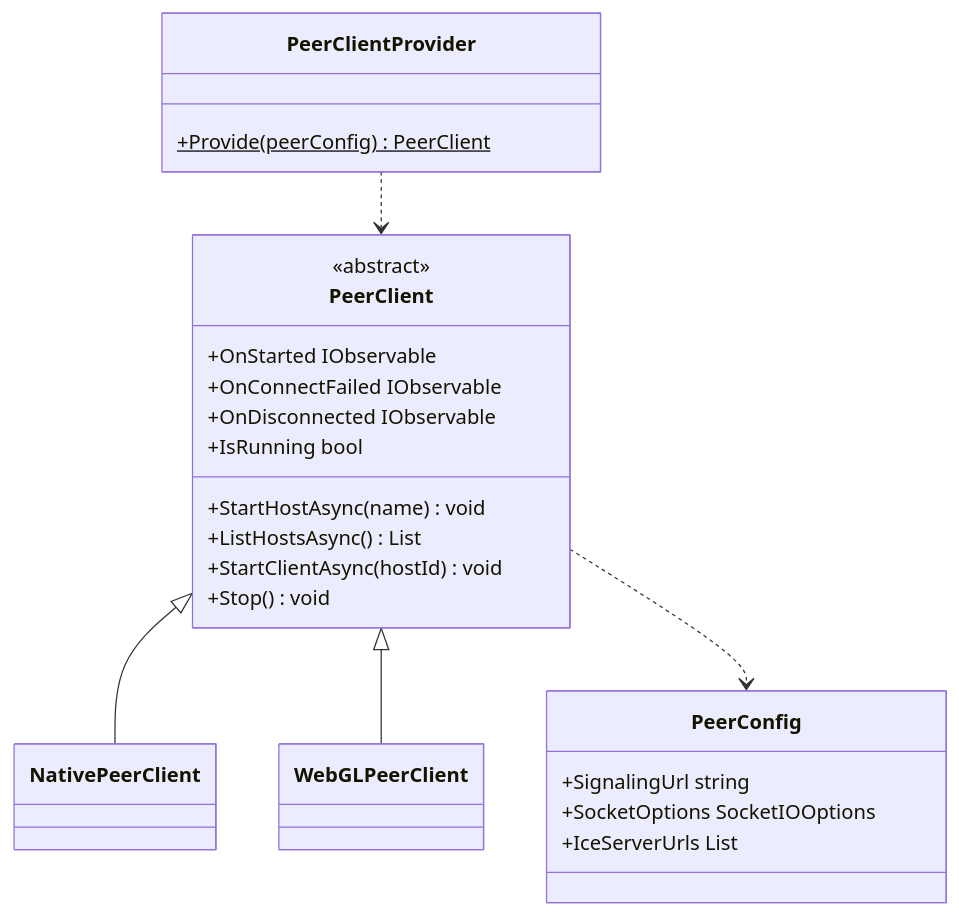
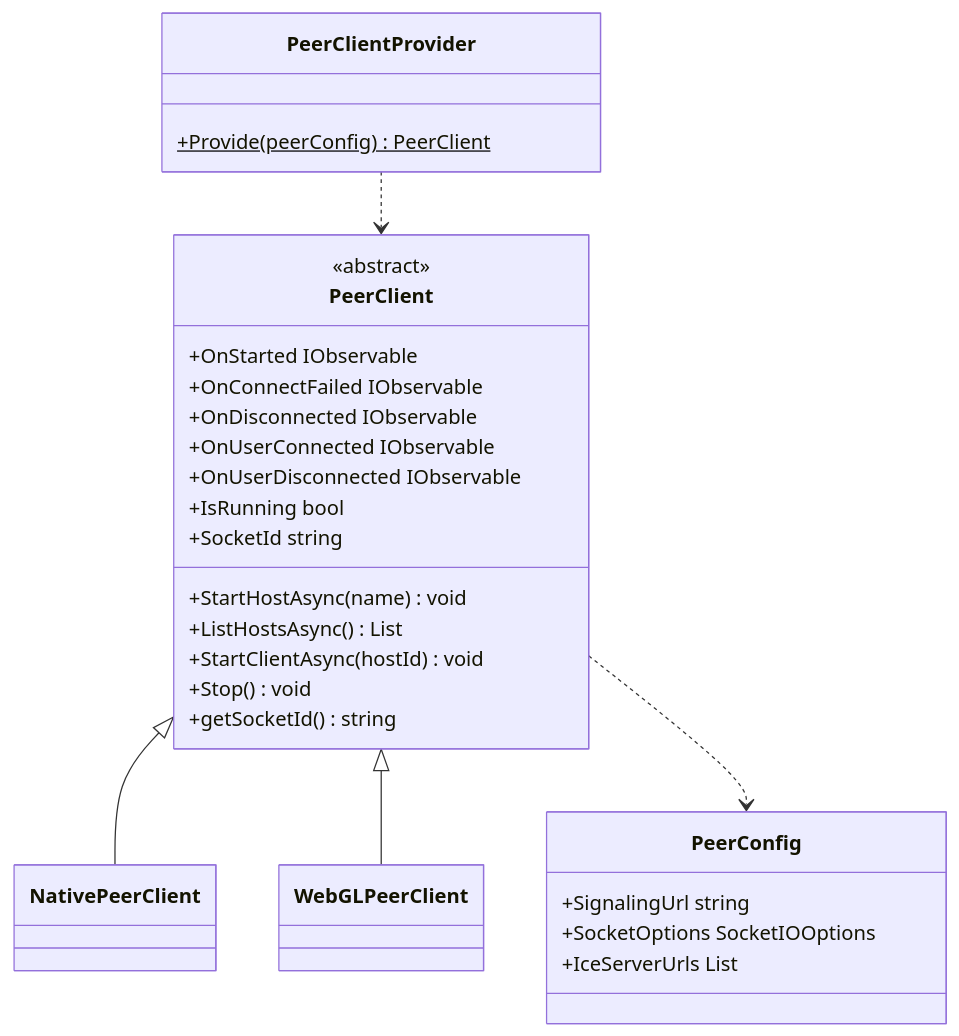
One commit to extreal-dev/Extreal.Guide changed the first of 3 diagrams in i18n/en/docusaurus-plugin-content-docs/current/integration/p2p.webrtc.md. Above: the diagram before and after it, drawn with Mermaid. The commit also changed other lines of this file and 1 other file, not shown here.

````diff
--- a/i18n/en/docusaurus-plugin-content-docs/current/integration/p2p.webrtc.md
+++ b/i18n/en/docusaurus-plugin-content-docs/current/integration/p2p.webrtc.md
@@ -27,36 +27,40 @@
 ```mermaid
 classDiagram
 
     PeerClientProvider ..> PeerClient
     PeerClient <|-- NativePeerClient
     PeerClient <|-- WebGLPeerClient
     PeerClient ..> PeerConfig
 
     class PeerClientProvider {
         +Provide(peerConfig)$ PeerClient
     }
     
     class PeerClient {
         <<abstract>>
         +OnStarted IObservable
         +OnConnectFailed IObservable
         +OnDisconnected IObservable
+        +OnUserConnected IObservable
+        +OnUserDisconnected IObservable
         +IsRunning bool
+        +SocketId string
         +StartHostAsync(name) void
         +ListHostsAsync() List
         +StartClientAsync(hostId) void
         +Stop() void
+        +getSocketId() string
     }
     
     class PeerConfig {
         +SignalingUrl string
         +SocketOptions SocketIOOptions
         +IceServerUrls List
     }
 
     class NativePeerClient {
     }
     
     class WebGLPeerClient {
     }
 ```
````
